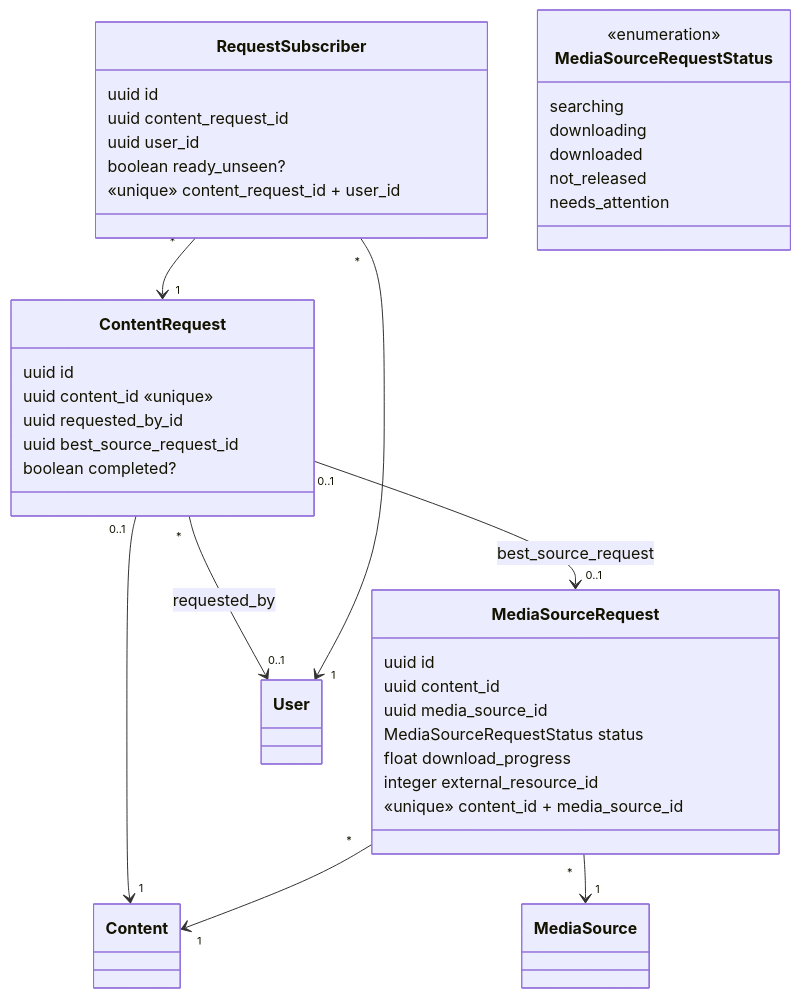
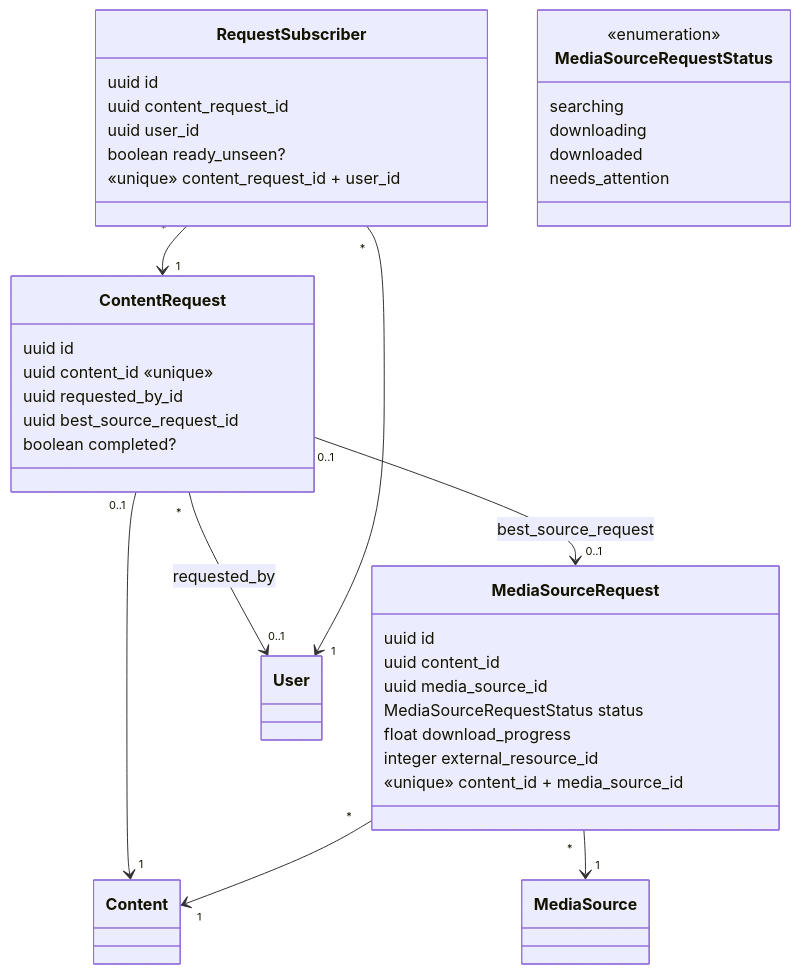
One commit to nat-e/watch_club changed the ninth of 12 diagrams in docs/data-model.md. Above: the diagram before and after it, drawn with Mermaid. The commit also changed 22 other files, not shown here.

First line of the commit message:
fix(requests): say Not Released only before the release date (#116)

````diff
--- a/docs/data-model.md
+++ b/docs/data-model.md
@@ -507,44 +507,43 @@
 ```mermaid
 classDiagram
   class ContentRequest {
     uuid id
     uuid content_id «unique»
     uuid requested_by_id
     uuid best_source_request_id
     boolean completed?
   }
   class RequestSubscriber {
     uuid id
     uuid content_request_id
     uuid user_id
     boolean ready_unseen?
     «unique» content_request_id + user_id
   }
   class MediaSourceRequest {
     uuid id
     uuid content_id
     uuid media_source_id
     MediaSourceRequestStatus status
     float download_progress
     integer external_resource_id
     «unique» content_id + media_source_id
   }
   class MediaSourceRequestStatus {
     <<enumeration>>
     searching
     downloading
     downloaded
-    not_released
     needs_attention
   }
   class Content
   class User
   class MediaSource
   ContentRequest "0..1" --> "1" Content
   ContentRequest "*" --> "0..1" User : requested_by
   ContentRequest "0..1" --> "0..1" MediaSourceRequest : best_source_request
   RequestSubscriber "*" --> "1" ContentRequest
   RequestSubscriber "*" --> "1" User
   MediaSourceRequest "*" --> "1" Content
   MediaSourceRequest "*" --> "1" MediaSource
 ```
````
